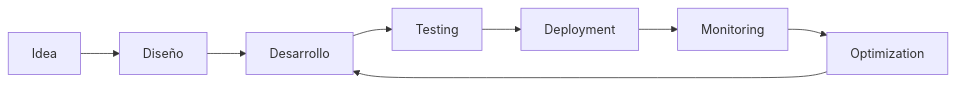
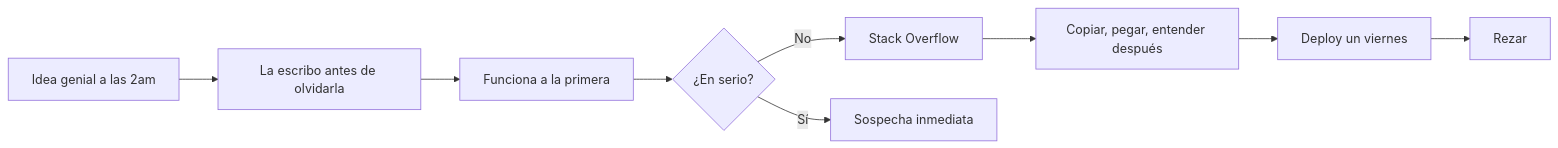
Before and after one commit to MilkDev-bit/MilkDev-bit: the diagram in README.md, drawn with Mermaid. The commit also changed other lines of this file, not shown here.

````diff
--- a/README.md
+++ b/README.md
@@ -158,10 +190,11 @@
 ```mermaid
 graph LR
-    A[Idea] --> B[Diseño]
-    B --> C[Desarrollo]
-    C --> D[Testing]
-    D --> E[Deployment]
-    E --> F[Monitoring]
-    F --> G[Optimization]
-    G --> C
+    A[Idea genial a las 2am] --> B[La escribo antes de olvidarla]
+    B --> C[Funciona a la primera]
+    C --> D{¿En serio?}
+    D -->|No| E[Stack Overflow]
+    D -->|Sí| F[Sospecha inmediata]
+    E --> G[Copiar, pegar, entender después]
+    G --> H[Deploy un viernes]
+    H --> I[Rezar]
 ```
````
